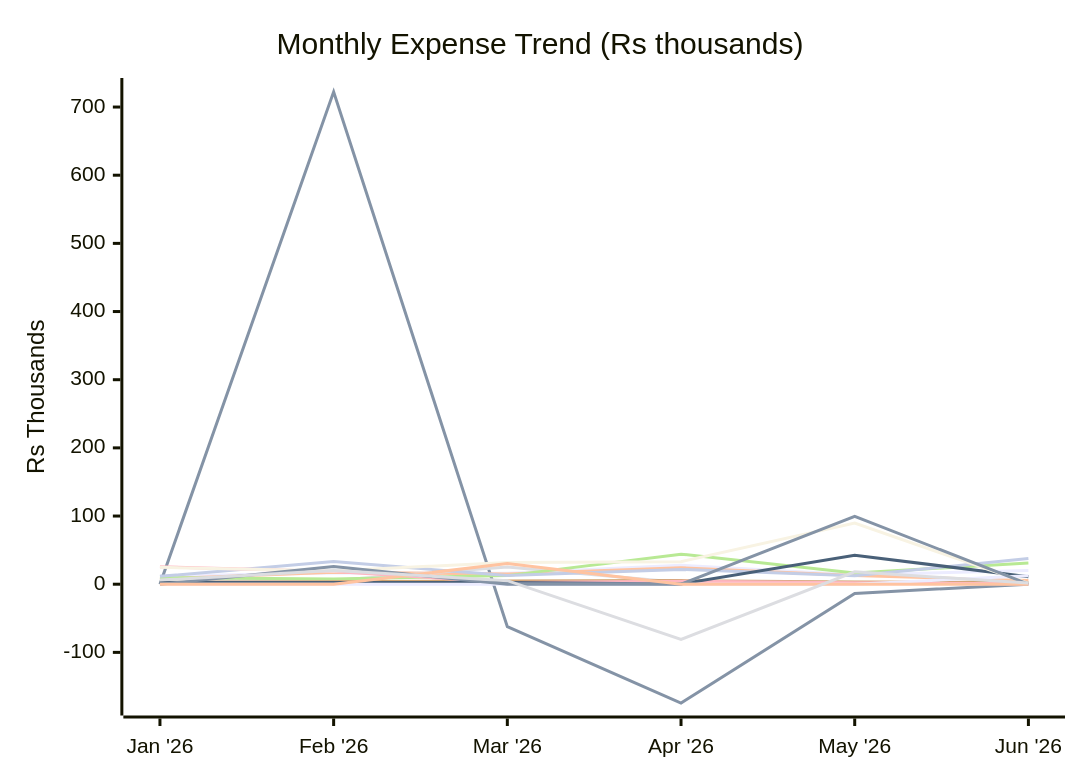
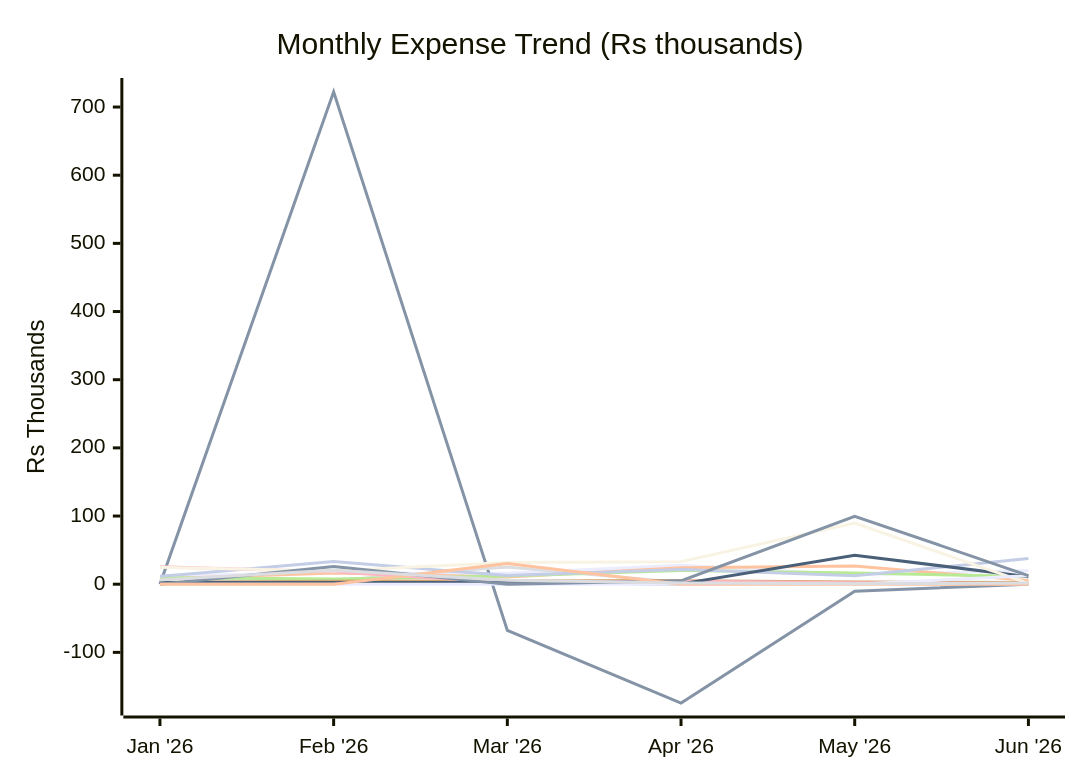
The first of 2 diagrams in reports/2026-06.md (sachin-hg/expense-reporter), drawn with Mermaid before and after one commit. The commit also changed other lines of this file and 18 other files, not shown here.

````diff
--- a/reports/2026-06.md
+++ b/reports/2026-06.md
@@ -26,20 +26,20 @@
 ```mermaid
 xychart-beta
     title "Monthly Expense Trend (Rs thousands)"
     x-axis ["Jan '26", "Feb '26", "Mar '26", "Apr '26", "May '26", "Jun '26"]
     y-axis "Rs Thousands" -175 --> 725
-    line "Travel" [12.1, 16.5, 16.1, 27.9, 13.7, 20.0]
-    line "Trip" [0.0, 722.3, -62.4, -174.4, -13.5, 0.0]
-    line "Shopping" [7.8, 17.5, 15.1, 24.2, 12.7, 5.3]
+    line "Travel" [12.2, 16.5, 15.9, 27.9, 13.7, 20.0]
+    line "Trip" [0.0, 722.3, -67.9, -174.4, -10.2, 0.0]
+    line "Shopping" [7.8, 16.4, 10.6, 24.2, 26.8, 5.3]
     line "Baby" [7.7, 5.6, 25.3, 2.4, 1.0, 0.8]
-    line "Outside Food" [9.5, 7.6, 12.6, 44.1, 16.4, 31.2]
-    line "Grocery" [2.9, 3.5, 4.7, 5.3, 3.2, 2.5]
+    line "Outside Food" [9.5, 7.6, 12.1, 20.2, 16.4, 11.2]
+    line "Grocery" [2.5, 4.5, 4.7, 5.3, 3.2, 2.5]
     line "Utilities & Bills" [11.5, 33.2, 12.6, 21.7, 12.3, 37.7]
-    line "Health, Fitness & Self Care" [25.5, 18.6, 2.5, 4.4, 2.3, 0.6]
+    line "Health, Fitness & Self Care" [25.5, 18.3, 2.5, 4.4, 2.3, 0.6]
     line "Upskill / AI" [2.6, 2.5, 2.6, 0.4, 42.6, 11.0]
     line "Rohan" [24.8, 19.3, 32.0, 33.1, 89.6, 1.1]
     line "Papa" [0.0, 0.0, 0.0, 0.0, 0.0, 12.5]
-    line "One-Time Expense" [0.0, 25.8, 0.0, 0.0, 99.7, 0.0]
+    line "One-Time Expense" [0.0, 25.8, 0.0, 5.0, 99.7, 12.7]
     line "Tax" [0.0, 0.0, 30.3, 0.0, 0.0, 0.0]
-    line "Others" [6.0, 20.1, 5.2, -80.9, 18.1, 1.6]
+    line "Others" [6.3, 20.3, 5.9, 1.8, 0.7, 1.6]
 ```
````
